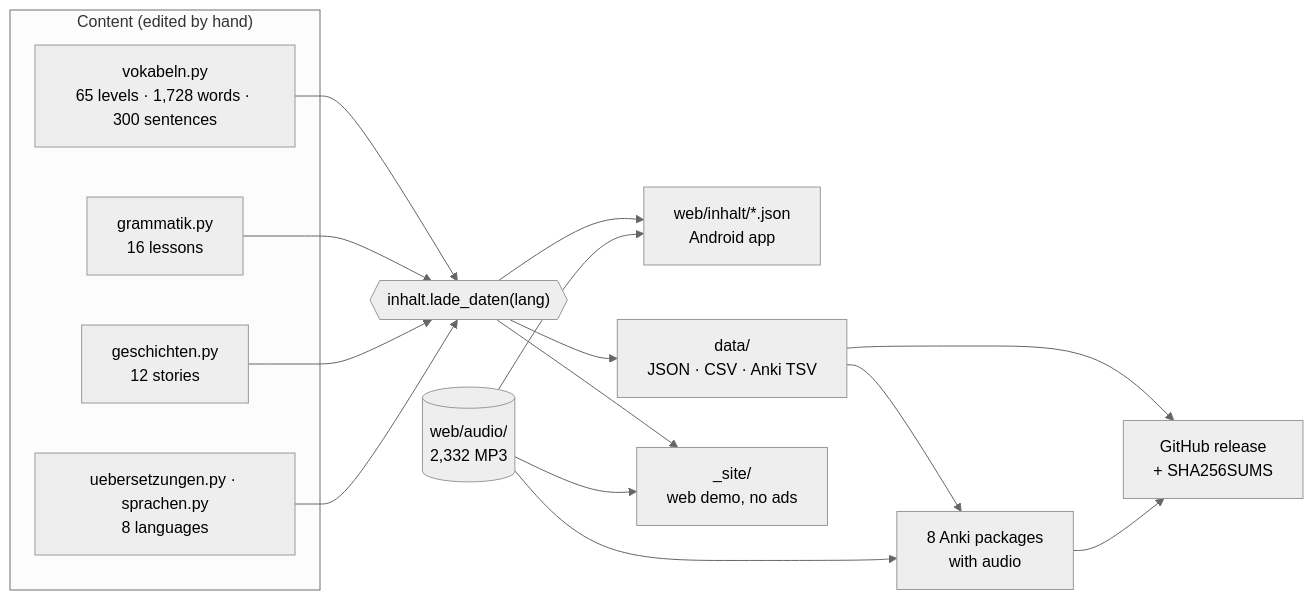
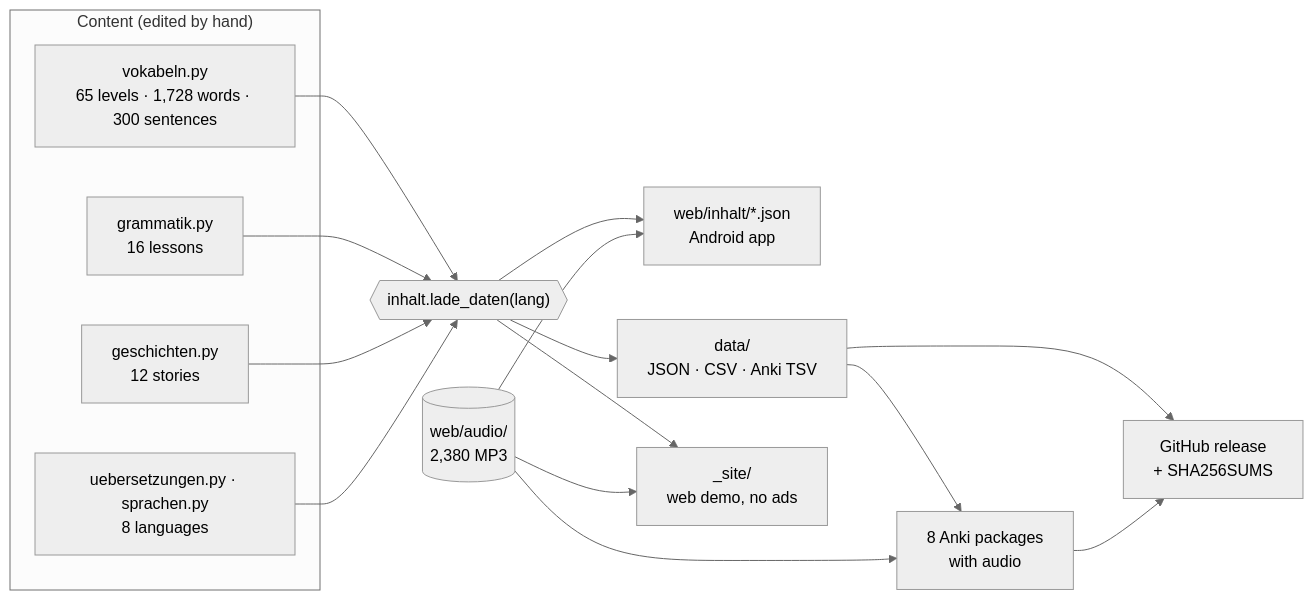
Before and after one commit to zmaj-lernapp/zmaj: the first of 2 diagrams in README.md, drawn with Mermaid (neutral theme). The commit also changed other lines of this file and 73 other files, not shown here.

````diff
--- a/README.md
+++ b/README.md
@@ -126,19 +126,19 @@
 ```mermaid
 flowchart LR
   subgraph src["Content (edited by hand)"]
     V["vokabeln.py<br/>65 levels · 1,728 words · 300 sentences"]
     G["grammatik.py<br/>16 lessons"]
     S["geschichten.py<br/>12 stories"]
     U["uebersetzungen.py · sprachen.py<br/>8 languages"]
   end
   L{{"inhalt.lade_daten(lang)"}}
   V & G & S & U --> L
-  A[("web/audio/<br/>2,332 MP3")]
+  A[("web/audio/<br/>2,380 MP3")]
   L --> APP["web/inhalt/*.json<br/>Android app"]
   L --> DS["data/<br/>JSON · CSV · Anki TSV"]
   L --> DEMO["_site/<br/>web demo, no ads"]
   DS --> ANKI["8 Anki packages<br/>with audio"]
   A --> APP & DEMO & ANKI
   DS --> REL["GitHub release<br/>+ SHA256SUMS"]
   ANKI --> REL
 ```
````
